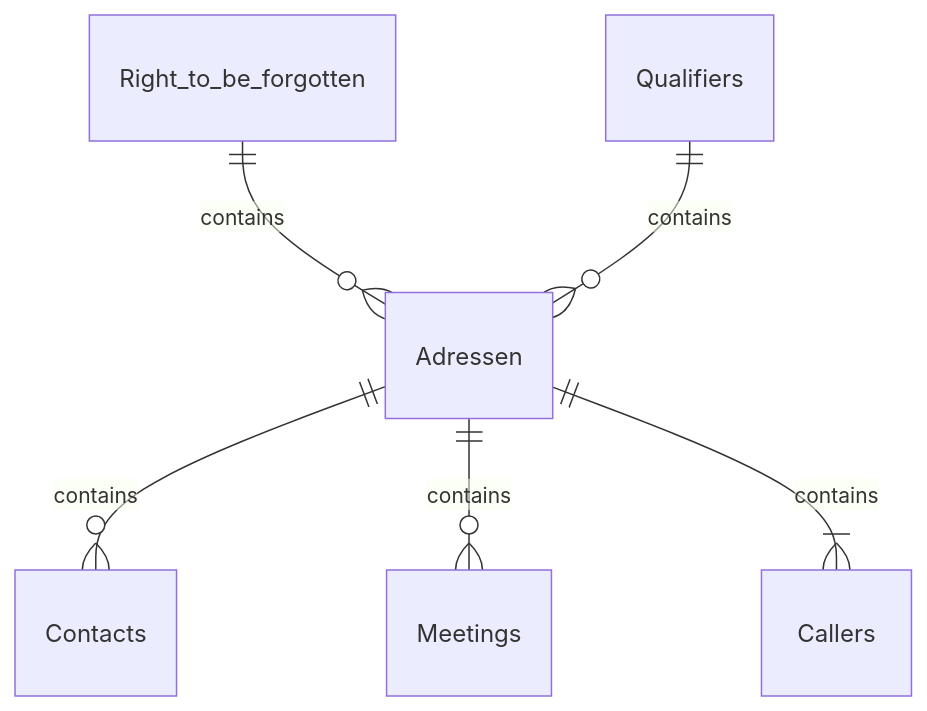
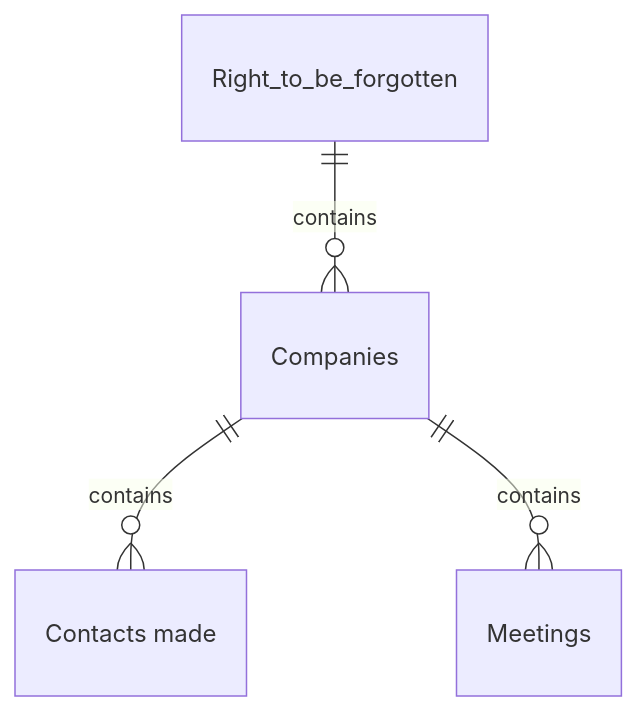
One commit to dialogueone-dev/IT-documentation changed the diagram in Product_documentations/ninox/database_structure.md. Above: the diagram before and after it, drawn with Mermaid. The commit also changed other lines of this file and 3 other files, not shown here.

````diff
--- a/Product_documentations/ninox/database_structure.md
+++ b/Product_documentations/ninox/database_structure.md
@@ -9,18 +9,15 @@
 ```mermaid
 erDiagram
-    Contacts {
+    "Contacts made" {
     }
     Meetings {
     }
-    Adressen ||--o{ Contacts : contains
-    Adressen ||--o{ Meetings : contains
-    Adressen ||--|{ Callers : contains
-    Right_to_be_forgotten ||--o{ Adressen : contains
-    Qualifiers ||--o{ Adressen : contains
-    Adressen {
+    Companies ||--o{ "Contacts made" : contains
+    Companies ||--o{ Meetings : contains
+    Right_to_be_forgotten ||--o{ Companies : contains
+    Companies {
     }
-    Callers {
-    }
+
     Right_to_be_forgotten {
     }
 ```
````
